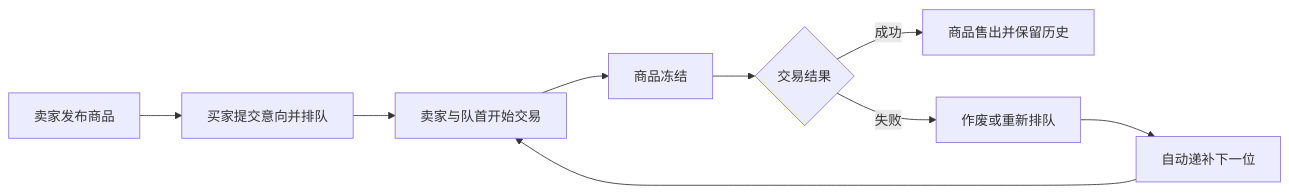
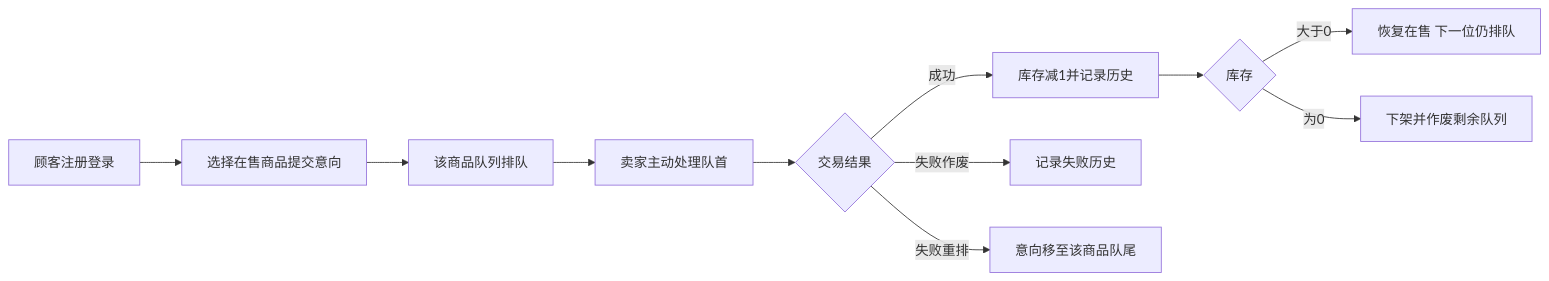
One commit to Wen5555/OxStore changed the diagram in README.md. Above: the diagram before and after it, drawn with Mermaid. The commit also changed other lines of this file and 97 other files, not shown here.

````diff
--- a/README.md
+++ b/README.md
@@ -26,11 +24,13 @@
 ```mermaid
 flowchart LR
-    A[卖家发布商品] --> B[买家提交意向并排队]
-    B --> C[卖家与队首开始交易]
-    C --> D[商品冻结]
+    A[顾客注册登录] --> B[选择在售商品提交意向]
+    B --> C[该商品队列排队]
+    C --> D[卖家主动处理队首]
     D --> E{交易结果}
-    E -->|成功| F[商品售出并保留历史]
-    E -->|失败| G[作废或重新排队]
-    G --> H[自动递补下一位]
-    H --> C
+    E -->|成功| F[库存减1并记录历史]
+    E -->|失败作废| G[记录失败历史]
+    E -->|失败重排| H[意向移至该商品队尾]
+    F --> I{库存}
+    I -->|大于0| J[恢复在售 下一位仍排队]
+    I -->|为0| K[下架并作废剩余队列]
 ```
````
